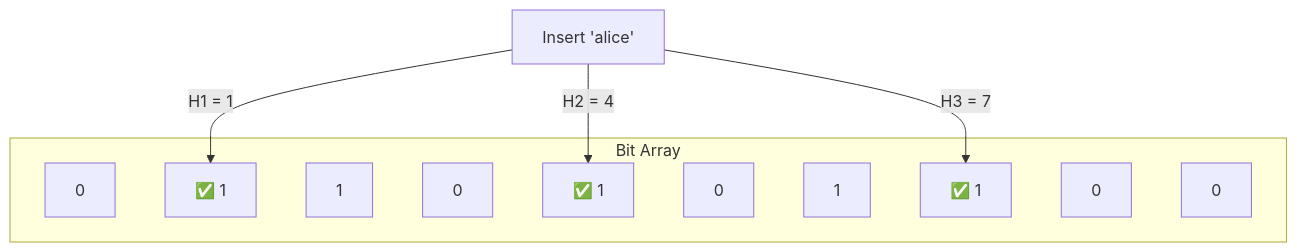
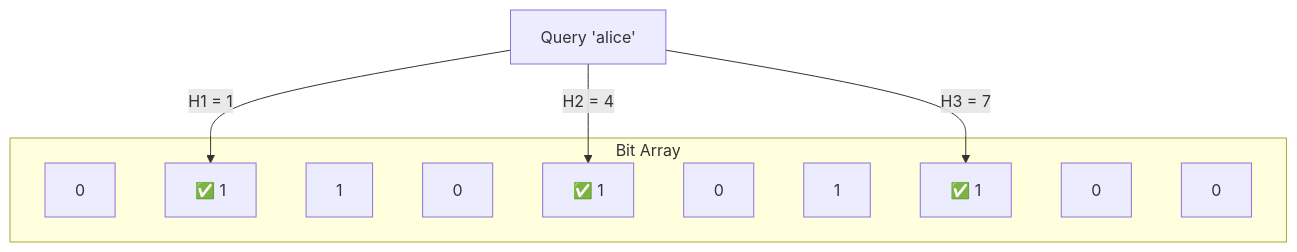
The third of 4 diagrams in content/design-concepts/hashing/bloom-bilters.md (sharief007/dev-docs), drawn with Mermaid before and after one commit. The commit also changed other lines of this file, not shown here.

Commit message:
wording corrections

````diff
--- a/content/design-concepts/hashing/bloom-bilters.md
+++ b/content/design-concepts/hashing/bloom-bilters.md
@@ -125,19 +125,19 @@
 ```mermaid
 graph
   subgraph Bit Array
     B0["0"]
     B1["✅ 1"]
     B2["1"]
     B3["0"]
     B4["✅ 1"]
     B5["0"]
     B6["1"]
     B7["✅ 1"]
     B8["0"]
     B9["0"]
   end
-  InsertAlice["Insert 'alice'"]
+  InsertAlice["Query 'alice'"]
   InsertAlice -->|H1 = 1| B1
   InsertAlice -->|H2 = 4| B4
   InsertAlice -->|H3 = 7| B7
 ```
````
